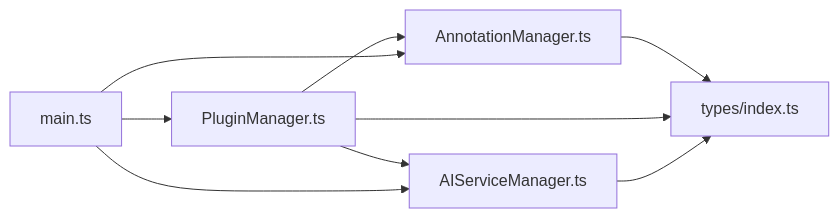
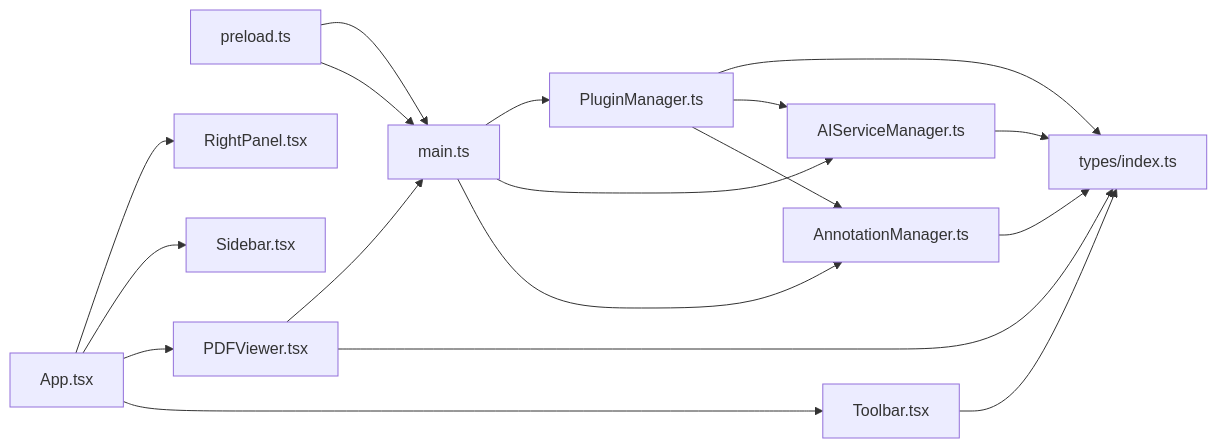
Before and after one commit to Chunde/SciPDFReader: the seventh of 7 diagrams in .qoder/repowiki/en/content/Core Components/Core Components.md, drawn with Mermaid. The commit also changed other lines of this file and 4 other files, not shown here.

````diff
--- a/.qoder/repowiki/en/content/Core Components/Core Components.md
+++ b/.qoder/repowiki/en/content/Core Components/Core Components.md
@@ -425,11 +559,20 @@
 ```mermaid
 graph LR
 AM["AnnotationManager.ts"] --> TYPES["types/index.ts"]
 PM["PluginManager.ts"] --> AM
 PM --> AIM["AIServiceManager.ts"]
 PM --> TYPES
 AIM --> TYPES
 MAIN["main.ts"] --> AM
 MAIN --> AIM
 MAIN --> PM
+PRELOAD["preload.ts"] --> MAIN
+APP["App.tsx"] --> TOOLBAR["Toolbar.tsx"]
+APP --> PDFVIEWER["PDFViewer.tsx"]
+APP --> SIDEBAR["Sidebar.tsx"]
+APP --> RIGHTPANEL["RightPanel.tsx"]
+PDFVIEWER --> TYPES
+TOOLBAR --> TYPES
+PDFVIEWER --> MAIN
+PRELOAD --> MAIN
 ```
````
